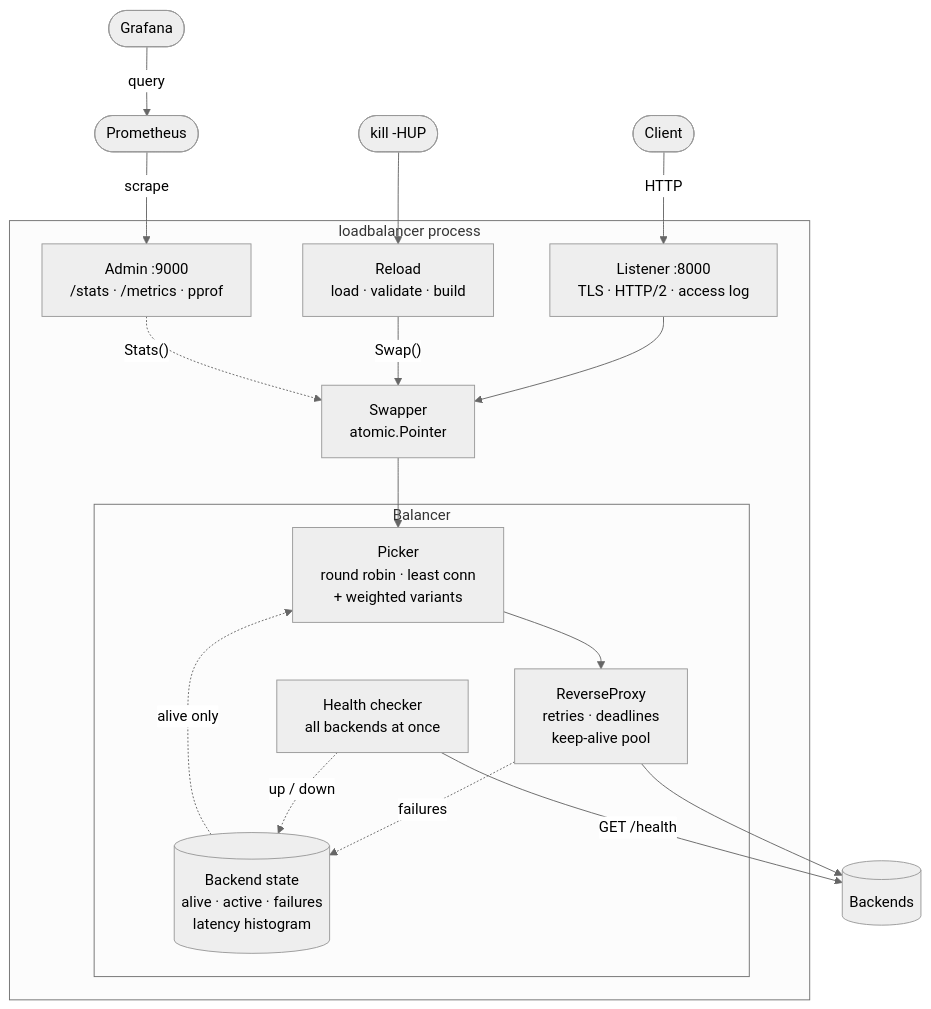
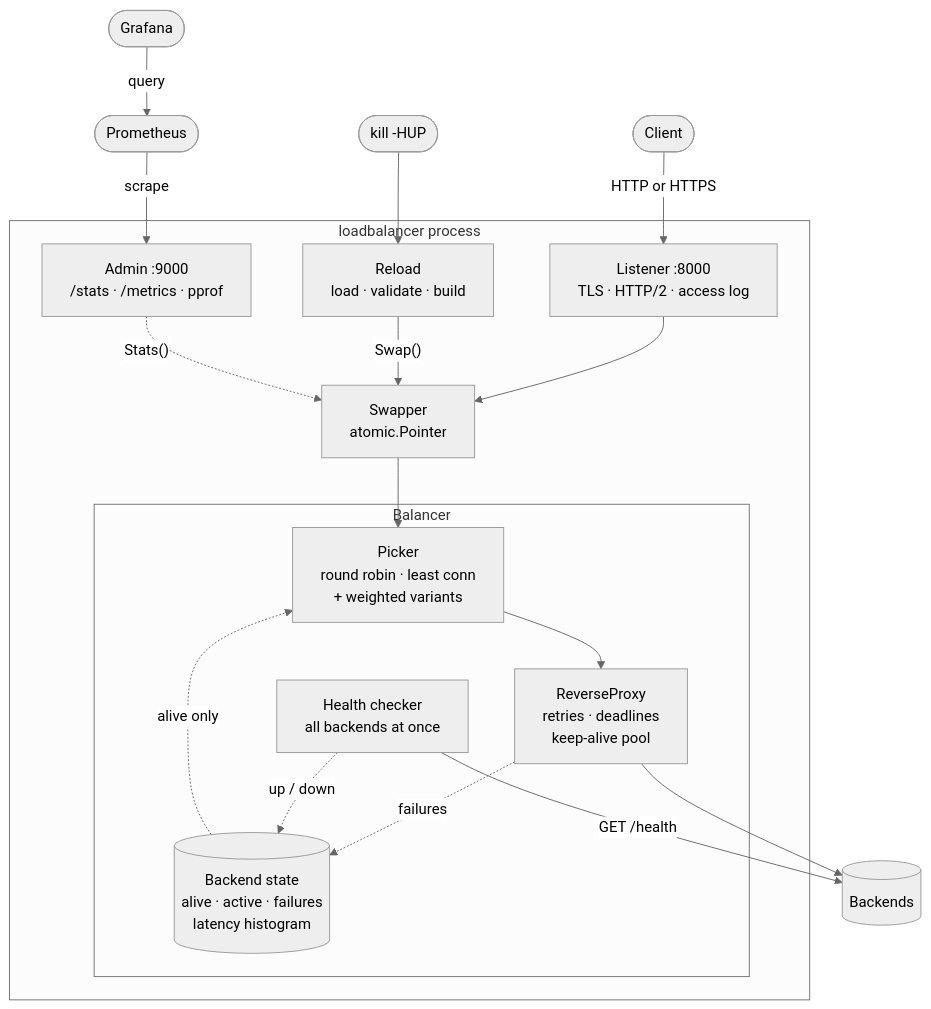
The diagram in README.md (francisco3ferraz/loadbalancer), drawn with Mermaid (neutral theme) before and after one commit. The commit also changed other lines of this file, not shown here.

````diff
--- a/README.md
+++ b/README.md
@@ -11,25 +11,25 @@
 ```mermaid
 flowchart TB
-    client([Client]) -->|HTTP| listener
+    client([Client]) -->|HTTP or HTTPS| listener
 
     subgraph process [loadbalancer process]
         listener["Listener :8000<br/>TLS · HTTP/2 · access log"] --> swapper["Swapper<br/>atomic.Pointer"]
         subgraph balancer [Balancer]
             picker["Picker<br/>round robin · least conn<br/>+ weighted variants"] --> proxy["ReverseProxy<br/>retries · deadlines<br/>keep-alive pool"]
             state[("Backend state<br/>alive · active · failures<br/>latency histogram")]
             health["Health checker<br/>all backends at once"]
         end
         swapper --> picker
         state -.->|alive only| picker
         proxy -.->|failures| state
         health -.->|up / down| state
         reload["Reload<br/>load · validate · build"] -->|"Swap()"| swapper
         admin["Admin :9000<br/>/stats · /metrics · pprof"] -.->|"Stats()"| swapper
     end
 
     proxy --> backends[(Backends)]
     health -->|GET /health| backends
     sighup([kill -HUP]) --> reload
     prometheus([Prometheus]) -->|scrape| admin
     grafana([Grafana]) -->|query| prometheus
 ```
````
